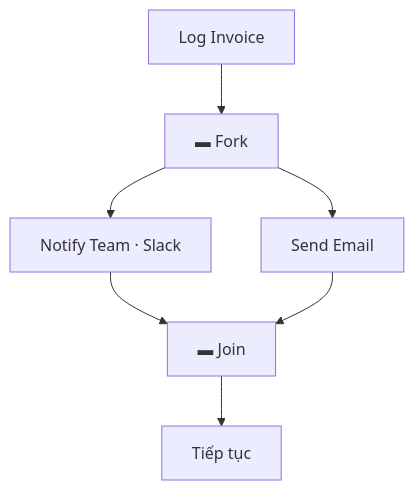
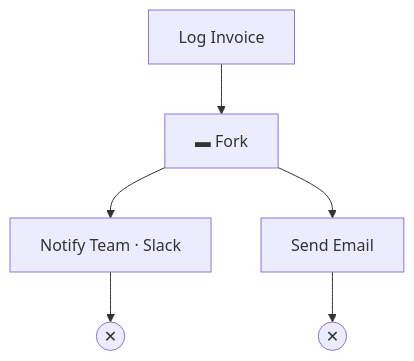
One commit to DoTuanPhong/make_-Invoice-processing-automated-workflow changed the first of 4 diagrams in activity-diagram.md. Above: the diagram before and after it, drawn with Mermaid. The commit also changed other lines of this file and 4 other files, not shown here.

Commit message:
Refactor invoice processing workflow to integrate Google Gemini for AI extraction, update Slack notifications, and enhance error handling. Modify sequence and state diagrams to reflect changes in workflow logic and error management.

````diff
--- a/activity-diagram.md
+++ b/activity-diagram.md
@@ -39,9 +45,6 @@
 ```mermaid
 flowchart TD
     A["Log Invoice"] --> F["▬ Fork"]
-    F --> B["Notify Team · Slack"]
-    F --> C["Send Email"]
-    B --> J["▬ Join"]
-    C --> J
-    J --> D["Tiếp tục"]
+    F --> B["Notify Team · Slack"] --> FB(("✕"))
+    F --> C["Send Email"] --> FC(("✕"))
 ```
````
